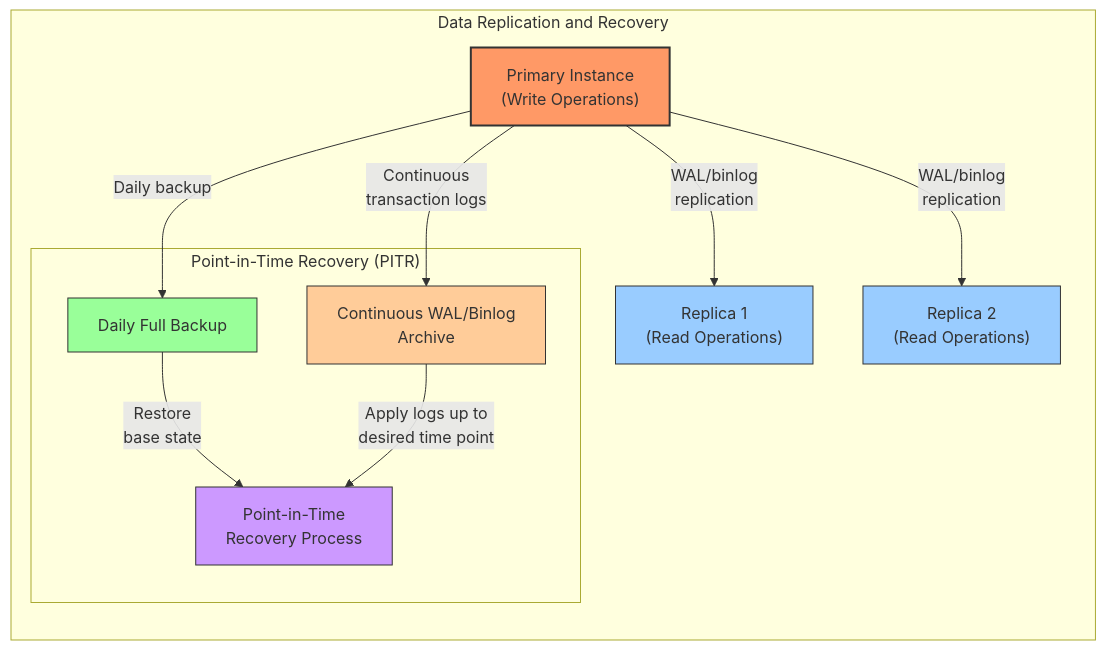
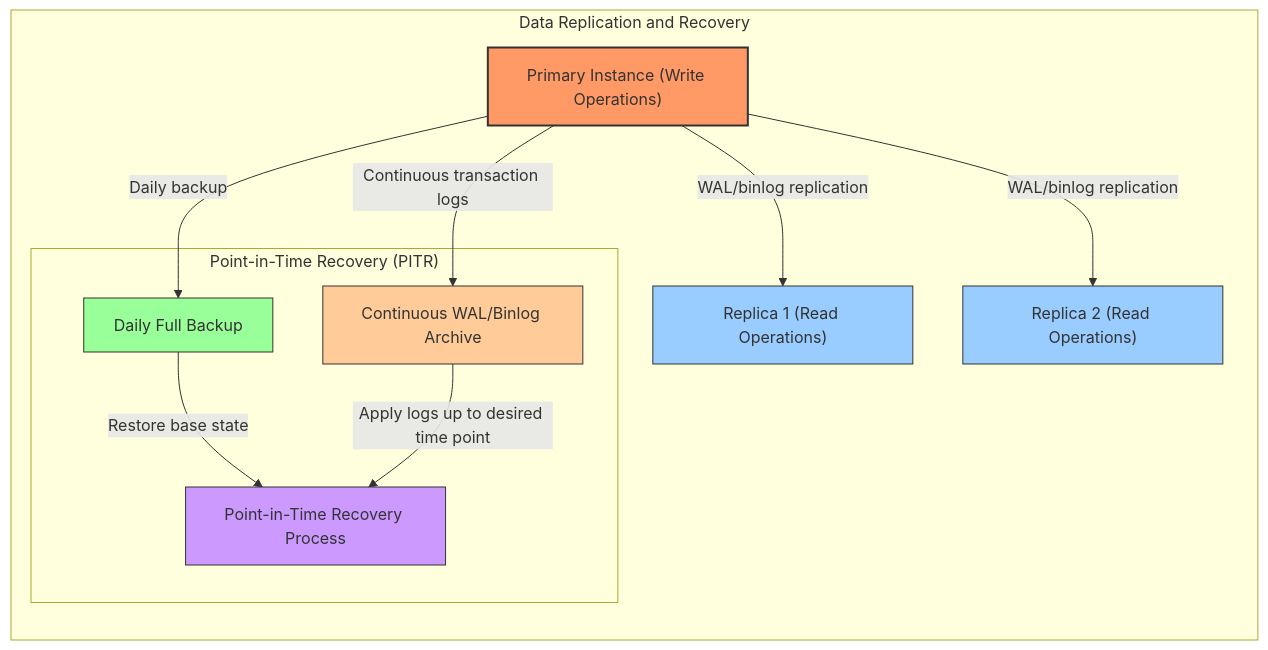
Before and after one commit to edricgsh/edric-module-4-coaching-week-5: the second of 2 diagrams in README.md, drawn with Mermaid.

Commit message:
Fix text on diagram

````diff
--- a/README.md
+++ b/README.md
@@ -153,34 +153,34 @@
 ```mermaid
 flowchart LR
     subgraph "Data Replication and Recovery"
-        Primary["Primary Instance\n(Write Operations)"]
-        Replica1["Replica 1\n(Read Operations)"]
-        Replica2["Replica 2\n(Read Operations)"]
+        Primary["Primary Instance (Write Operations)"]
+        Replica1["Replica 1 (Read Operations)"]
+        Replica2["Replica 2 (Read Operations)"]
         
         subgraph "Point-in-Time Recovery (PITR)"
             FullBackup["Daily Full Backup"]
-            WALArchive["Continuous WAL/Binlog\nArchive"]
-            PITR["Point-in-Time\nRecovery Process"]
+            WALArchive["Continuous WAL/Binlog Archive"]
+            PITR["Point-in-Time Recovery Process"]
         end
         
         %% Replication using WAL/binlog
-        Primary -->|"WAL/binlog\nreplication"| Replica1
-        Primary -->|"WAL/binlog\nreplication"| Replica2
+        Primary -->|"WAL/binlog replication"| Replica1
+        Primary -->|"WAL/binlog replication"| Replica2
         
         %% Backup and PITR processes
         Primary -->|"Daily backup"| FullBackup
-        Primary -->|"Continuous\ntransaction logs"| WALArchive
+        Primary -->|"Continuous transaction logs"| WALArchive
         
         %% PITR process
-        FullBackup -->|"Restore\nbase state"| PITR
-        WALArchive -->|"Apply logs up to\ndesired time point"| PITR
+        FullBackup -->|"Restore base state"| PITR
+        WALArchive -->|"Apply logs up to desired time point"| PITR
         
         %% Notes for clarification
         style Primary fill:#f96,stroke:#333,stroke-width:2px
         style Replica1 fill:#9cf,stroke:#333,stroke-width:1px
         style Replica2 fill:#9cf,stroke:#333,stroke-width:1px
         style FullBackup fill:#9f9,stroke:#333,stroke-width:1px
         style WALArchive fill:#fc9,stroke:#333,stroke-width:1px
         style PITR fill:#c9f,stroke:#333,stroke-width:1px
     end
 ```
````
